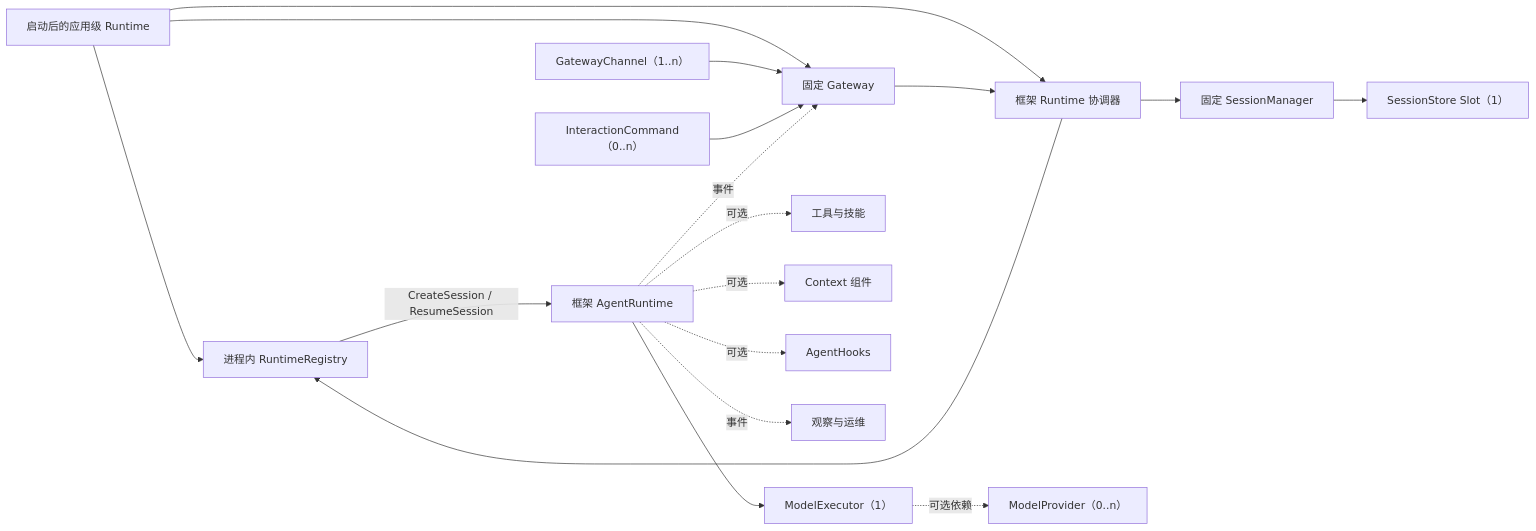
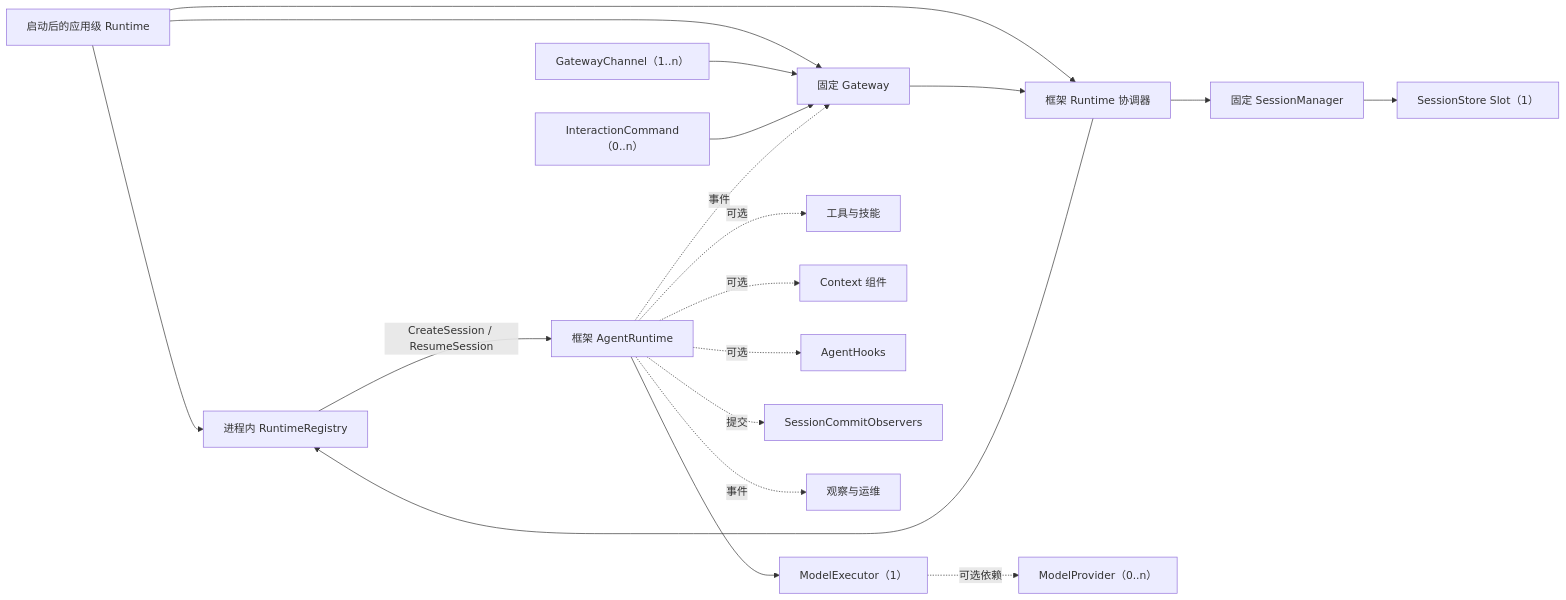
The diagram in COMPONENT_MAP.zh-CN.md (LyleLiu666/agentSlot), drawn with Mermaid before and after one commit. The commit also changed other lines of this file and 33 other files, not shown here.

Commit message:
feat: split commit observers and enforce tool allowlists

````diff
--- a/COMPONENT_MAP.zh-CN.md
+++ b/COMPONENT_MAP.zh-CN.md
@@ -85,20 +85,21 @@
 ```mermaid
 flowchart LR
     AR["启动后的应用级 Runtime"] --> REG["进程内 RuntimeRegistry"]
     AR --> RC["框架 Runtime 协调器"]
     AR --> G["固定 Gateway"]
     RC --> REG
     E["GatewayChannel（1..n）"] --> G
     IC["InteractionCommand（0..n）"] --> G
     G --> RC
     RC --> SM["固定 SessionManager"]
     SM --> SS["SessionStore Slot（1）"]
     REG -->|"CreateSession / ResumeSession"| R["框架 AgentRuntime"]
     R --> ME["ModelExecutor（1）"]
     ME -. "可选依赖" .-> MP["ModelProvider（0..n）"]
     R -. "可选" .-> T["工具与技能"]
     R -. "可选" .-> C["Context 组件"]
     R -. "可选" .-> H["AgentHooks"]
+    R -. "提交" .-> SCO["SessionCommitObservers"]
     R -. "事件" .-> G
     R -. "事件" .-> O["观察与运维"]
 ```
````
